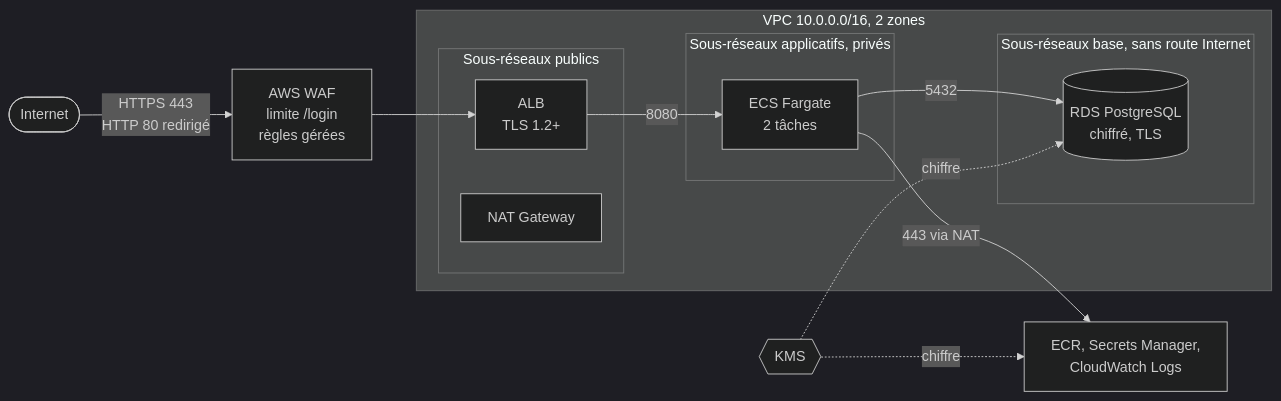
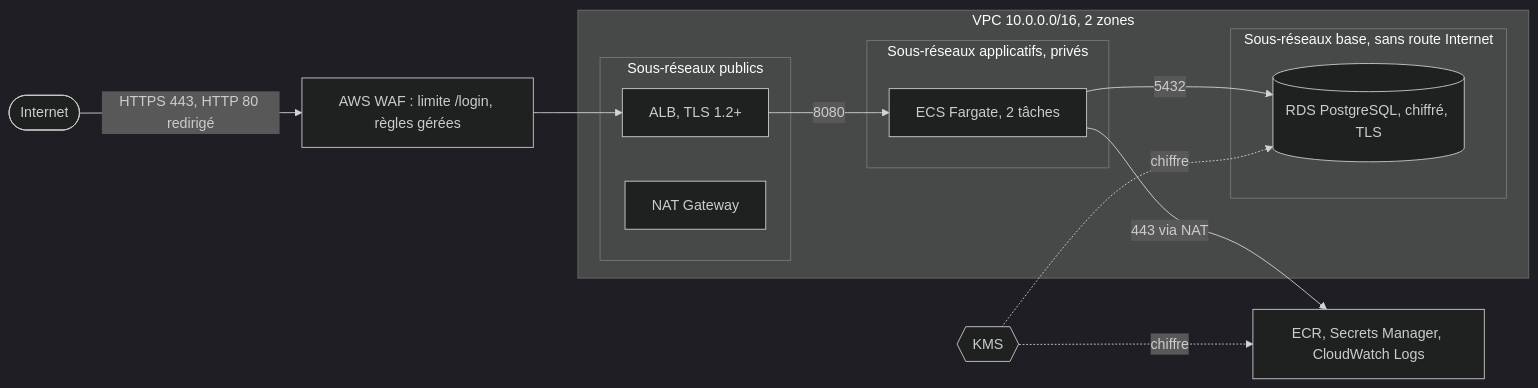
Before and after one commit to AlexandreNvs2/DevSecOps-Project: the first of 3 diagrams in README.md, drawn with Mermaid (dark theme). The commit also changed other lines of this file and 1 other file, not shown here.

````diff
--- a/README.md
+++ b/README.md
@@ -370,22 +35,22 @@
 ```mermaid
 flowchart LR
-    user([Internet]) -->|HTTPS 443<br/>HTTP 80 redirigé| waf[AWS WAF<br/>limite /login<br/>règles gérées]
+    user([Internet]) -->|"HTTPS 443, HTTP 80 redirigé"| waf["AWS WAF : limite /login, règles gérées"]
     waf --> alb
-    subgraph vpc[VPC 10.0.0.0/16, 2 zones]
-        subgraph pub[Sous-réseaux publics]
-            alb[ALB<br/>TLS 1.2+]
+    subgraph vpc["VPC 10.0.0.0/16, 2 zones"]
+        subgraph pub["Sous-réseaux publics"]
+            alb["ALB, TLS 1.2+"]
             nat[NAT Gateway]
         end
-        subgraph app[Sous-réseaux applicatifs, privés]
-            ecs[ECS Fargate<br/>2 tâches]
+        subgraph app["Sous-réseaux applicatifs, privés"]
+            ecs["ECS Fargate, 2 tâches"]
         end
-        subgraph db[Sous-réseaux base, sans route Internet]
-            rds[(RDS PostgreSQL<br/>chiffré, TLS)]
+        subgraph db["Sous-réseaux base, sans route Internet"]
+            rds[("RDS PostgreSQL, chiffré, TLS")]
         end
     end
     alb -->|8080| ecs
     ecs -->|5432| rds
-    ecs -->|443 via NAT| aws[ECR, Secrets Manager,<br/>CloudWatch Logs]
+    ecs -->|"443 via NAT"| aws["ECR, Secrets Manager, CloudWatch Logs"]
     kms{{KMS}} -.chiffre.-> rds
     kms -.chiffre.-> aws
 ```
````
